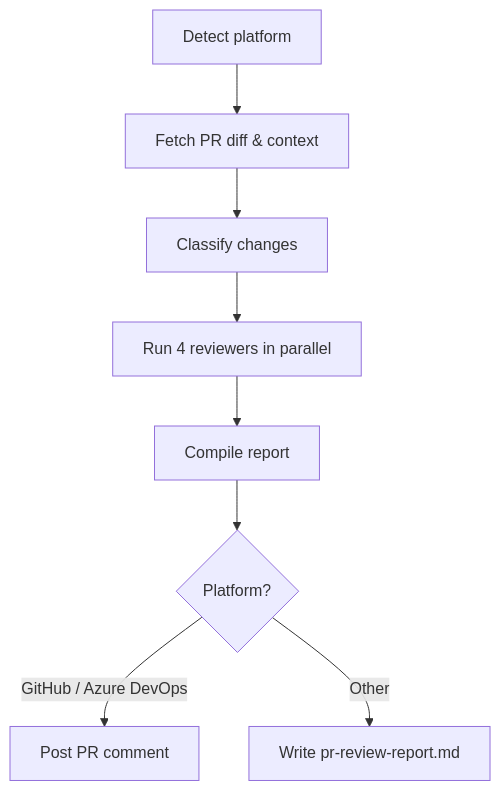
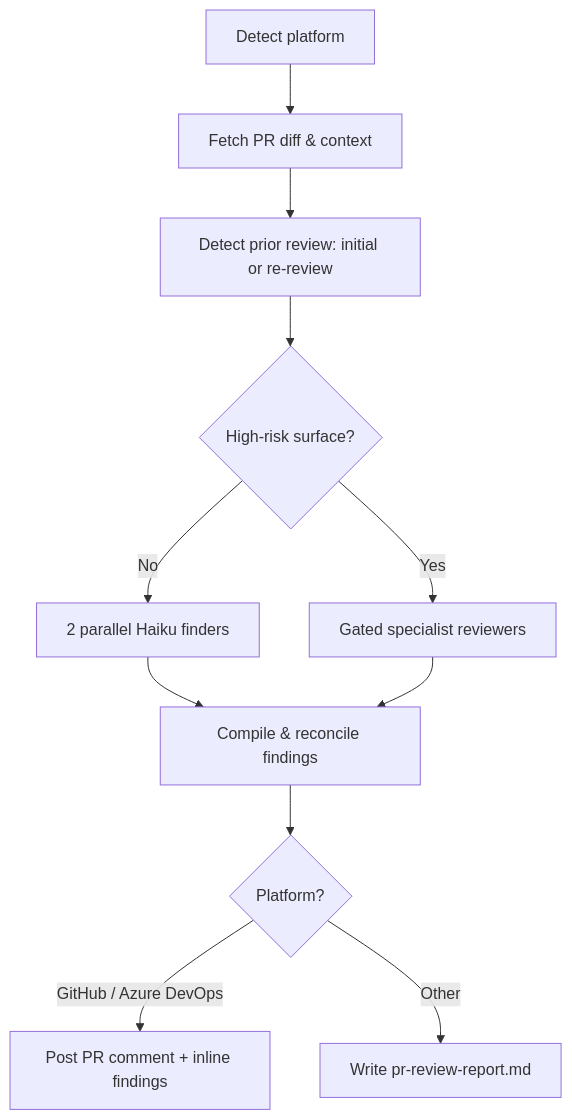
One commit to Chamalasela/documentation changed the diagram in src/content/docs/official-plugins/pr-reviewer.md. Above: the diagram before and after it, drawn with Mermaid. The commit also changed other lines of this file and 2 other files, not shown here.

````diff
--- a/src/content/docs/official-plugins/pr-reviewer.md
+++ b/src/content/docs/official-plugins/pr-reviewer.md
@@ -21,10 +22,13 @@
 ```mermaid
 flowchart TD
     A[Detect platform] --> B[Fetch PR diff & context]
-    B --> C[Classify changes]
-    C --> D[Run 4 reviewers in parallel]
-    D --> E[Compile report]
-    E --> F{Platform?}
-    F -->|GitHub / Azure DevOps| G[Post PR comment]
-    F -->|Other| H[Write pr-review-report.md]
+    B --> C[Detect prior review: initial or re-review]
+    C --> D{High-risk surface?}
+    D -->|No| E1[2 parallel Haiku finders]
+    D -->|Yes| E2[Gated specialist reviewers]
+    E1 --> F[Compile & reconcile findings]
+    E2 --> F
+    F --> G{Platform?}
+    G -->|GitHub / Azure DevOps| H[Post PR comment + inline findings]
+    G -->|Other| I[Write pr-review-report.md]
 ```
````
